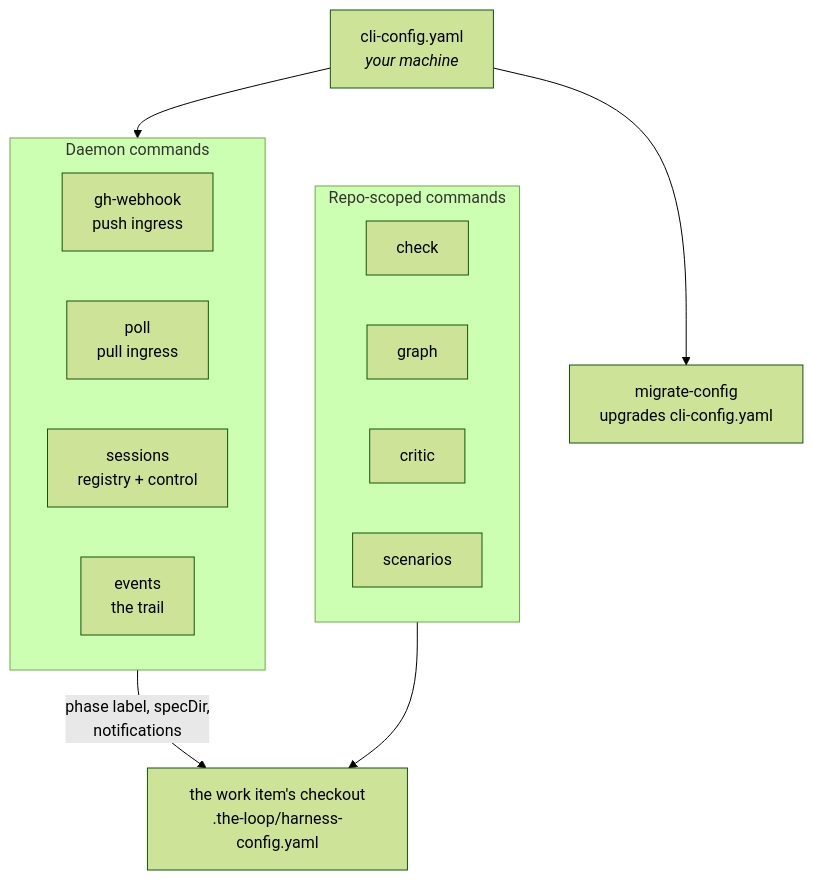
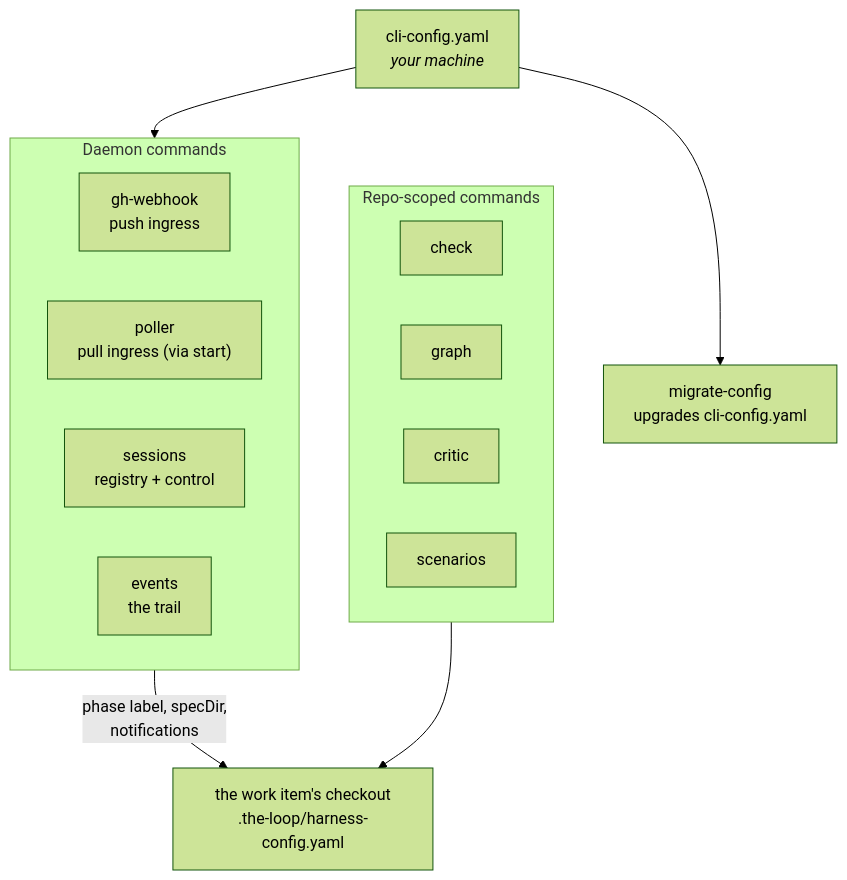
One commit to MadaraUchiha-314/the-loop changed the diagram in docs/cli/index.md. Above: the diagram before and after it, drawn with Mermaid (forest theme). The commit also changed other lines of this file and 91 other files, not shown here.

````diff
--- a/docs/cli/index.md
+++ b/docs/cli/index.md
@@ -50,22 +50,22 @@
 ```mermaid
 graph TD
   CFG["cli-config.yaml<br/><i>your machine</i>"]
   subgraph D["Daemon commands"]
     GW["gh-webhook<br/>push ingress"]
-    PO["poll<br/>pull ingress"]
+    PO["poller<br/>pull ingress (via start)"]
     SE["sessions<br/>registry + control"]
     EV["events<br/>the trail"]
   end
   subgraph R["Repo-scoped commands"]
     CH["check"]
     GR["graph"]
     CR["critic"]
     SC["scenarios"]
   end
   HC["the work item's checkout<br/>.the-loop/harness-config.yaml"]
   MC["migrate-config<br/>upgrades cli-config.yaml"]
   CFG --> D
   CFG --> MC
   D -->|"phase label, specDir,<br/>notifications"| HC
   R --> HC
 ```
````
